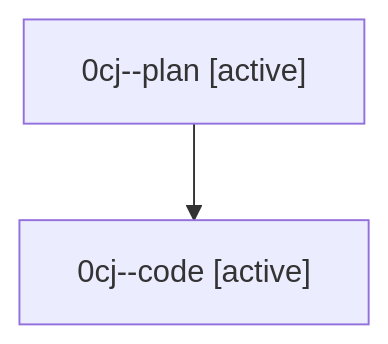
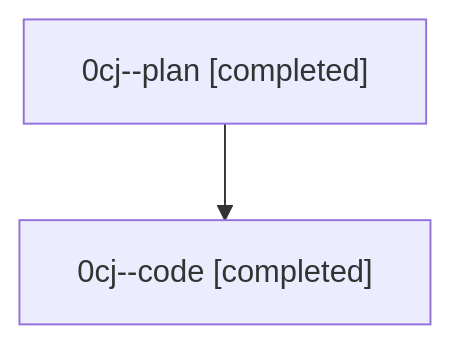
One commit to sase-org/sase--agents changed the diagram in families/bbugyi200.athena.0cj.md. Above: the diagram before and after it, drawn with Mermaid. The commit also changed other lines of this file and 31 other files, not shown here.

````diff
--- a/families/bbugyi200.athena.0cj.md
+++ b/families/bbugyi200.athena.0cj.md
@@ -9,6 +9,6 @@
 ```mermaid
 flowchart TD
-  n0["0cj--plan [active]"]
-  n1["0cj--code [active]"]
+  n0["0cj--plan [completed]"]
+  n1["0cj--code [completed]"]
   n0 --> n1
 ```
````
